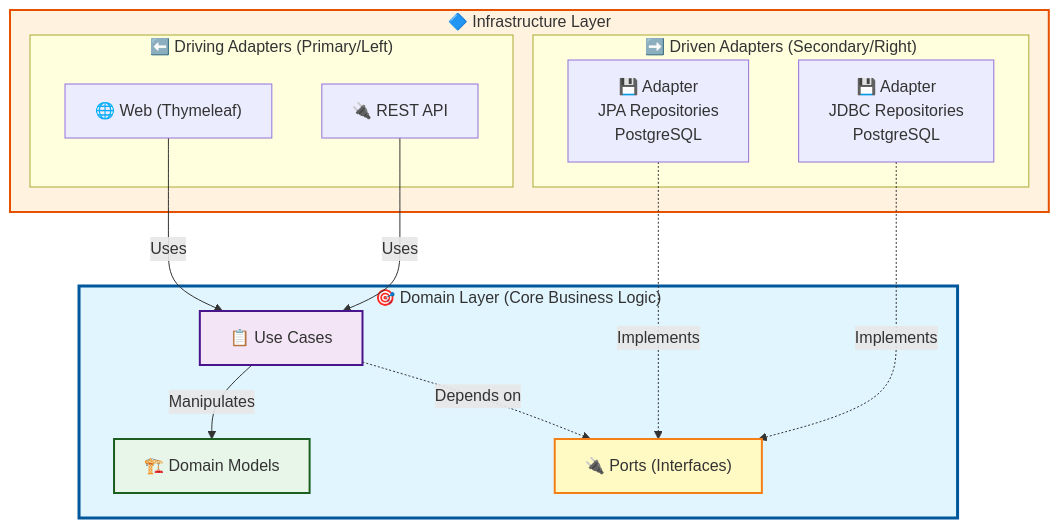
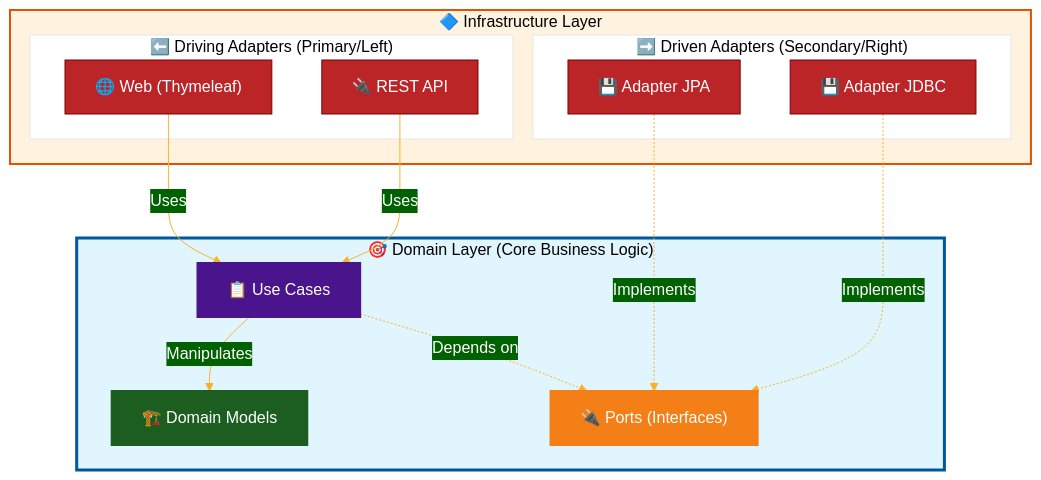
Before and after one commit to Jicay/mybankdemo: the diagram in README.md, drawn with Mermaid. The commit also changed 4 other files, not shown here.

````diff
--- a/README.md
+++ b/README.md
@@ -18,32 +18,43 @@
 ```mermaid
+---
+config:
+  theme: 'base'
+  themeVariables:
+    primaryColor: '#BB2528'
+    primaryTextColor: '#fff'
+    primaryBorderColor: '#7C0000'
+    lineColor: '#F8B229'
+    secondaryColor: '#006100'
+    tertiaryColor: '#fff'
+---
 graph TB
     subgraph Infrastructure["🔷 Infrastructure Layer"]
         subgraph Driving["⬅️ Driving Adapters (Primary/Left)"]
             Web["🌐 Web (Thymeleaf)"]
             REST["🔌 REST API"]
         end
 
         subgraph Driven["➡️ Driven Adapters (Secondary/Right)"]
-            JPA["💾 Adapter<br/>JPA Repositories<br/>PostgreSQL"]
-            JDBC["💾 Adapter<br/>JDBC Repositories<br/>PostgreSQL"]
+            JPA["💾 Adapter JPA"]
+            JDBC["💾 Adapter JDBC"]
         end
     end
 
     subgraph Domain["🎯 Domain Layer (Core Business Logic)"]
         UseCases["📋 Use Cases"]
         Models["🏗️ Domain Models"]
         Ports["🔌 Ports (Interfaces)"]
     end
 
     Web -->|Uses| UseCases
     REST -->|Uses| UseCases
     UseCases -->|Manipulates| Models
     UseCases -.->|Depends on| Ports
     JPA -.->|Implements| Ports
     JDBC -.->|Implements| Ports
     style Domain fill: #e1f5ff, stroke: #01579b, stroke-width: 3px
     style Infrastructure fill: #fff3e0, stroke: #e65100, stroke-width: 2px
-    style UseCases fill: #f3e5f5, stroke: #4a148c, stroke-width: 2px
-    style Models fill: #e8f5e9, stroke: #1b5e20, stroke-width: 2px
-    style Ports fill: #fff9c4, stroke: #f57f17, stroke-width: 2px
+    style UseCases fill: #4a148c, stroke: #4a148c, stroke-width: 2px
+    style Models fill: #1b5e20, stroke: #1b5e20, stroke-width: 2px
+    style Ports fill: #f57f17, stroke: #f57f17, stroke-width: 2px
 ```
````
